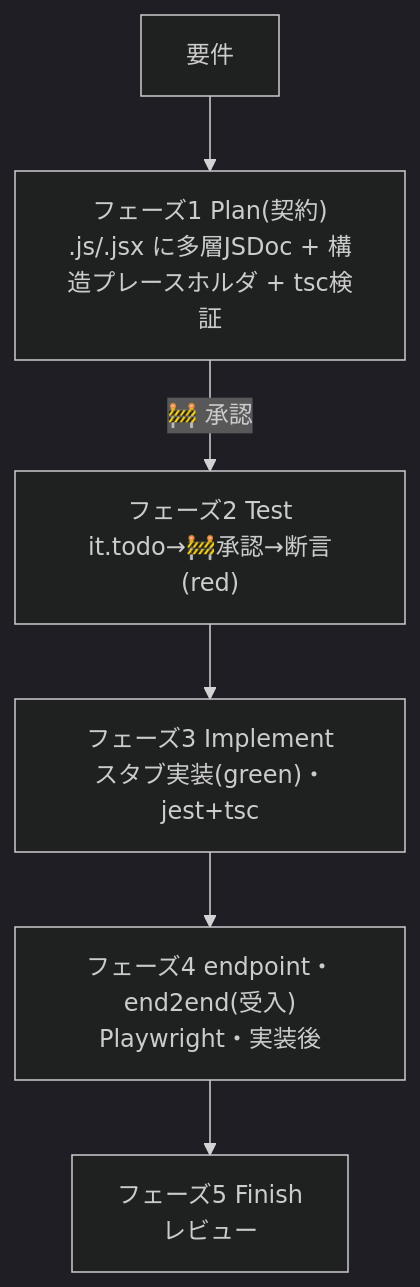
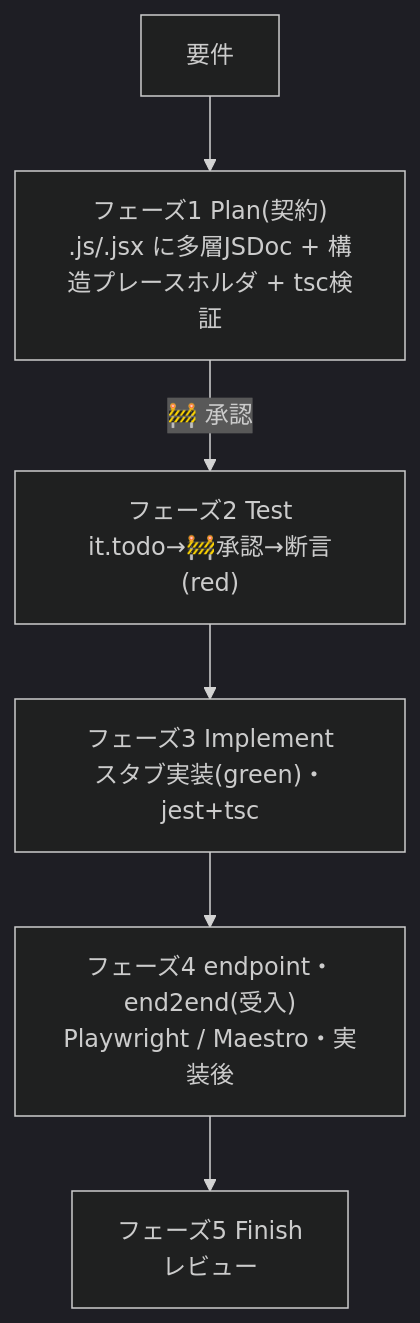
Before and after one commit to magcen-zone/supadevops: the second of 7 diagrams in README.md, drawn with Mermaid (dark theme). The commit also changed other lines of this file and 12 other files, not shown here.

````diff
--- a/README.md
+++ b/README.md
@@ -161,8 +178,8 @@
 ```mermaid
 flowchart TD
     R["要件"] --> P1["フェーズ1 Plan(契約)<br/>.js/.jsx に多層JSDoc + 構造プレースホルダ + tsc検証"]
     P1 -->|🚧 承認| P2["フェーズ2 Test<br/>it.todo→🚧承認→断言(red)"]
     P2 --> P3["フェーズ3 Implement<br/>スタブ実装(green)・jest+tsc"]
-    P3 --> P4["フェーズ4 endpoint・end2end(受入)<br/>Playwright・実装後"]
+    P3 --> P4["フェーズ4 endpoint・end2end(受入)<br/>Playwright / Maestro・実装後"]
     P4 --> P5["フェーズ5 Finish<br/>レビュー"]
 ```
````
